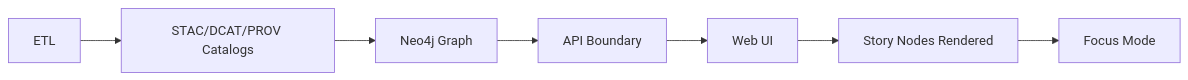
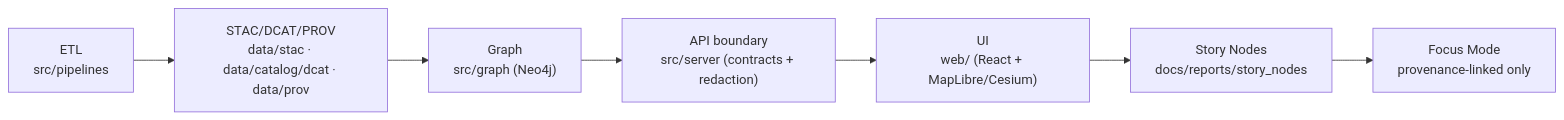
The first of 2 diagrams in web/src/story/README.md (bartytime4life/Kansas-Frontier-Matrix), drawn with Mermaid before and after one commit. The commit also changed other lines of this file, not shown here.

First line of the commit message:
Revise README for KFM Web Story Module

```diff
--- a/web/src/story/README.md
+++ b/web/src/story/README.md
@@ -172,9 +201,9 @@
 ~~~mermaid
 flowchart LR
-  A[ETL] --> B[STAC/DCAT/PROV Catalogs]
-  B --> C[Neo4j Graph]
-  C --> D[API Boundary]
-  D --> E[Web UI]
-  E --> F[Story Nodes Rendered]
-  F --> G[Focus Mode]
+  A["ETL<br/>src/pipelines"] --> B["STAC/DCAT/PROV<br/>data/stac · data/catalog/dcat · data/prov"]
+  B --> C["Graph<br/>src/graph (Neo4j)"]
+  C --> D["API boundary<br/>src/server (contracts + redaction)"]
+  D --> E["UI<br/>web/ (React + MapLibre/Cesium)"]
+  E --> F["Story Nodes<br/>docs/reports/story_nodes"]
+  F --> G["Focus Mode<br/>provenance-linked only"]
 ~~~
```
